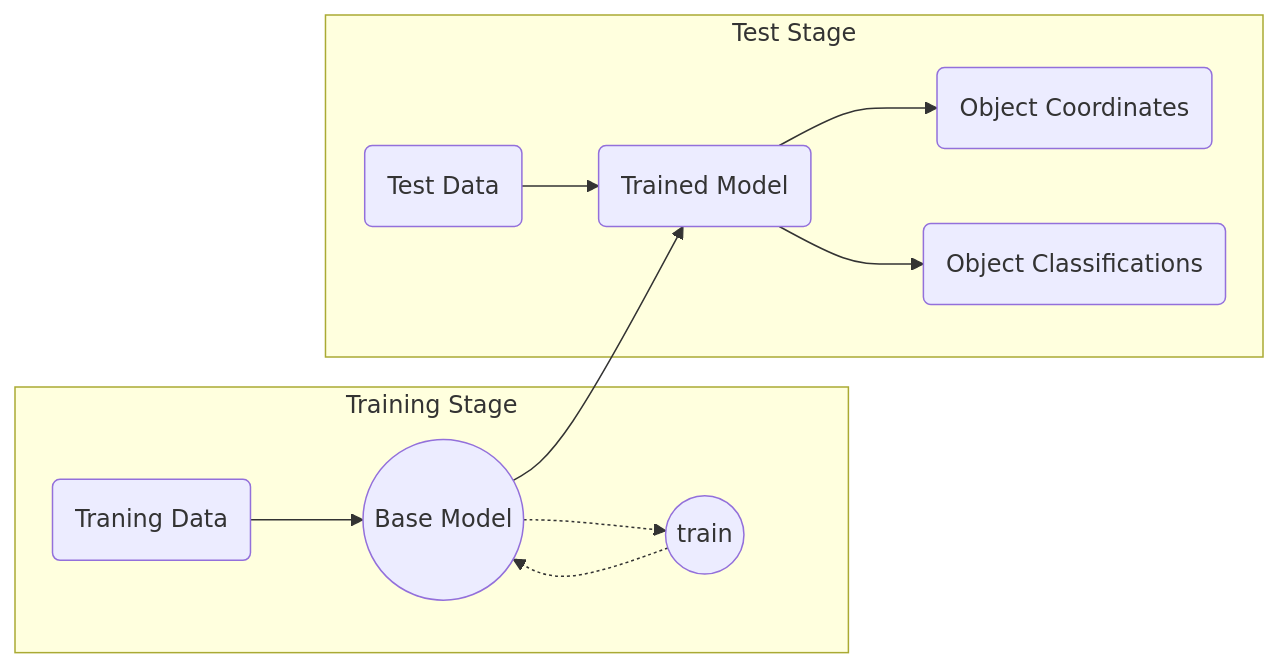
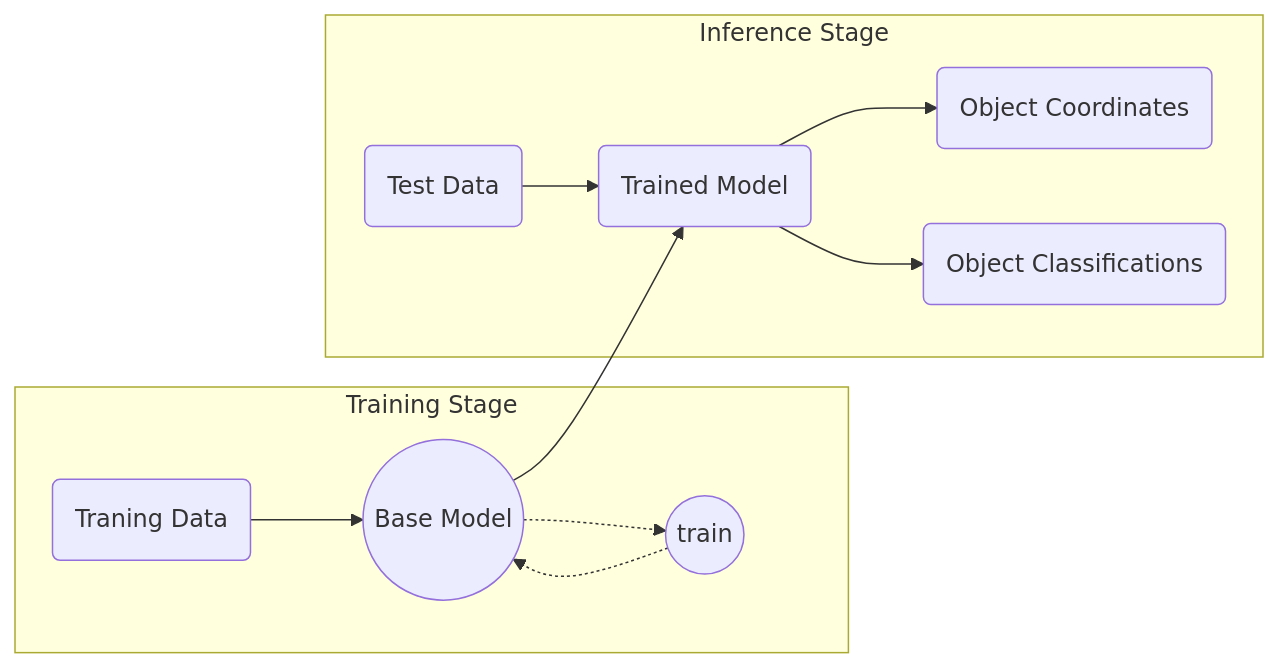
One commit to nalkael/object-detect changed the diagram in README.md. Above: the diagram before and after it, drawn with Mermaid. The commit also changed other lines of this file and 5 other files, not shown here.

````diff
--- a/README.md
+++ b/README.md
@@ -10,14 +10,14 @@
 ```mermaid
 graph LR
 subgraph Training Stage
 A(Traning Data) 
 A --> B((Base Model))
 B -.-> C((train)) -.-> B
 end
 B --> D(Trained Model)
-subgraph Test Stage
+subgraph Inference Stage
 E(Test Data) --> D
 D --> F(Object Coordinates)
 D --> G(Object Classifications)
 end
 ```
````
